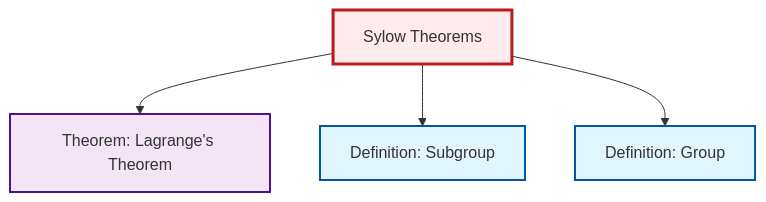
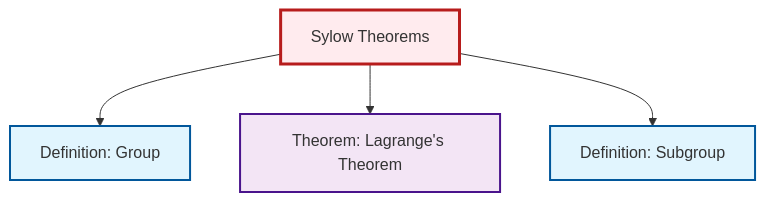
Before and after one commit to RK0429/ModernMath: the diagram in content/ja/algebra/thm-sylow.qmd, drawn with Mermaid. The commit also changed other lines of this file and 554 other files, not shown here.

````diff
--- a/content/ja/algebra/thm-sylow.qmd
+++ b/content/ja/algebra/thm-sylow.qmd
@@ -84,20 +84,20 @@
 ```{mermaid}
 %%| fig-cap: "Local dependency graph"
 graph TD
     classDef definition fill:#e1f5fe,stroke:#01579b,stroke-width:2px
     classDef theorem fill:#f3e5f5,stroke:#4a148c,stroke-width:2px
     classDef axiom fill:#fff3e0,stroke:#e65100,stroke-width:2px
     classDef example fill:#e8f5e9,stroke:#1b5e20,stroke-width:2px
     classDef current fill:#ffebee,stroke:#b71c1c,stroke-width:3px
-    thm-lagrange["Theorem: Lagrange's Theorem"]:::theorem
+    def-group["Definition: Group"]:::definition
     def-subgroup["Definition: Subgroup"]:::definition
     thm-sylow["Sylow Theorems"]:::theorem
-    def-group["Definition: Group"]:::definition
+    thm-lagrange["Theorem: Lagrange's Theorem"]:::theorem
+    thm-sylow --> def-group
     thm-sylow --> thm-lagrange
     thm-sylow --> def-subgroup
-    thm-sylow --> def-group
     class thm-sylow current
+    click def-group "def-group.html" "Definition: Groupへ"
+    click def-subgroup "def-subgroup.html" "Definition: Subgroupへ"
     click thm-lagrange "thm-lagrange.html" "Theorem: Lagrange's Theoremへ"
-    click def-subgroup "def-subgroup.html" "Definition: Subgroupへ"
-    click def-group "def-group.html" "Definition: Groupへ"
 ```
````
